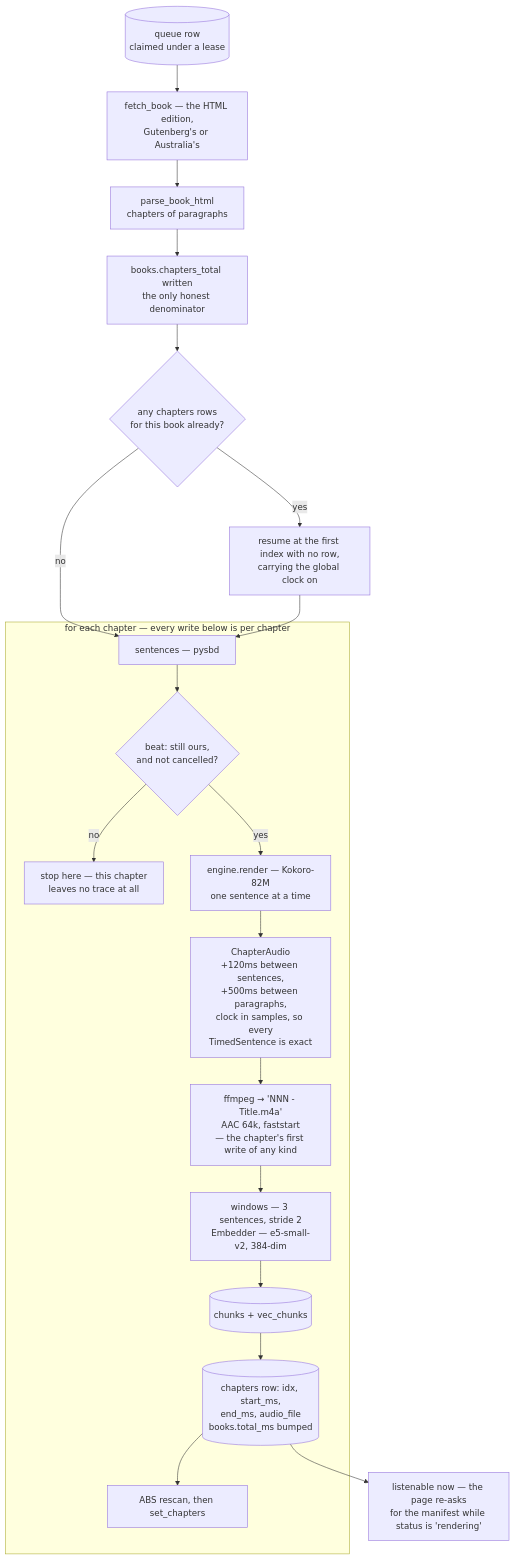
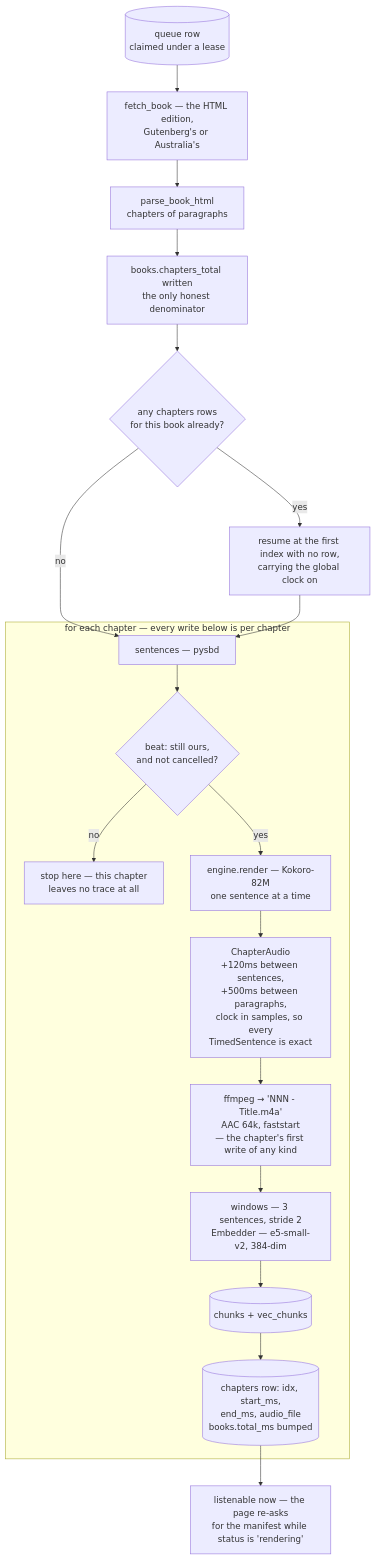
The second of 5 diagrams in docs/explanations/architecture.md (gilesknap/somnia), drawn with Mermaid before and after one commit. The commit also changed other lines of this file and 15 other files, not shown here.

````diff
--- a/docs/explanations/architecture.md
+++ b/docs/explanations/architecture.md
@@ -120,24 +117,23 @@
 ```mermaid
 flowchart TD
   Q[("queue row<br>claimed under a lease")] --> A["fetch_book — the HTML edition,<br>Gutenberg's or Australia's"]
   A --> B["parse_book_html<br>chapters of paragraphs"]
   B --> T["books.chapters_total written<br>the only honest denominator"]
   T --> R{"any chapters rows<br>for this book already?"}
   R -->|"yes"| S["resume at the first index with no row,<br>carrying the global clock on"]
   R -->|"no"| C
   S --> C
 
   subgraph loop["for each chapter — every write below is per chapter"]
     C["sentences — pysbd"] --> P{"beat: still ours,<br>and not cancelled?"}
     P -->|"no"| X["stop here — this chapter<br>leaves no trace at all"]
     P -->|"yes"| D["engine.render — Kokoro-82M<br>one sentence at a time"]
     D --> E["ChapterAudio<br>+120ms between sentences,<br>+500ms between paragraphs,<br>clock in samples, so every<br>TimedSentence is exact"]
     E --> F["ffmpeg → 'NNN - Title.m4a'<br>AAC 64k, faststart<br>— the chapter's first write of any kind"]
     F --> H["windows — 3 sentences, stride 2<br>Embedder — e5-small-v2, 384-dim"]
     H --> J[("chunks + vec_chunks")]
     J --> K[("chapters row: idx, start_ms,<br>end_ms, audio_file<br>books.total_ms bumped")]
-    K --> M["ABS rescan, then set_chapters"]
   end
 
   K --> N["listenable now — the page re-asks<br>for the manifest while status is 'rendering'"]
 ```
````
